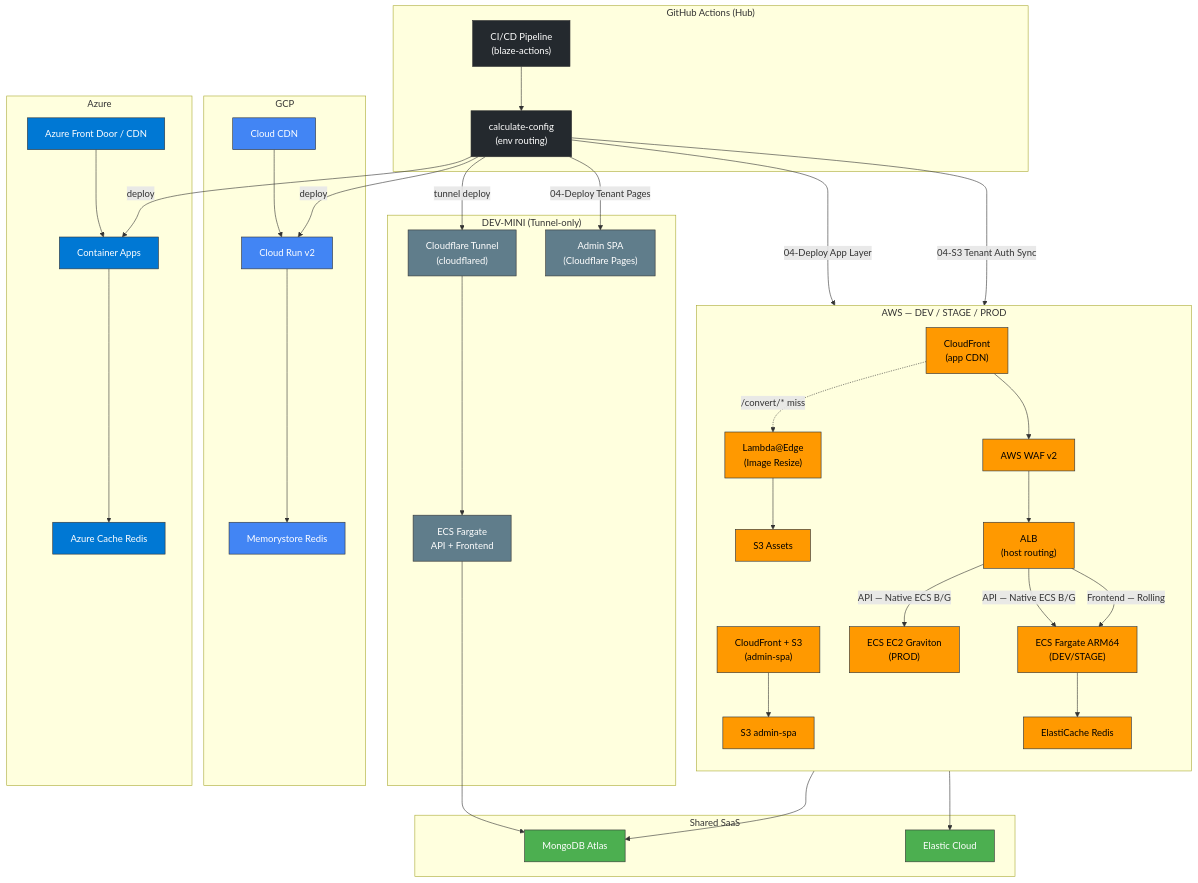
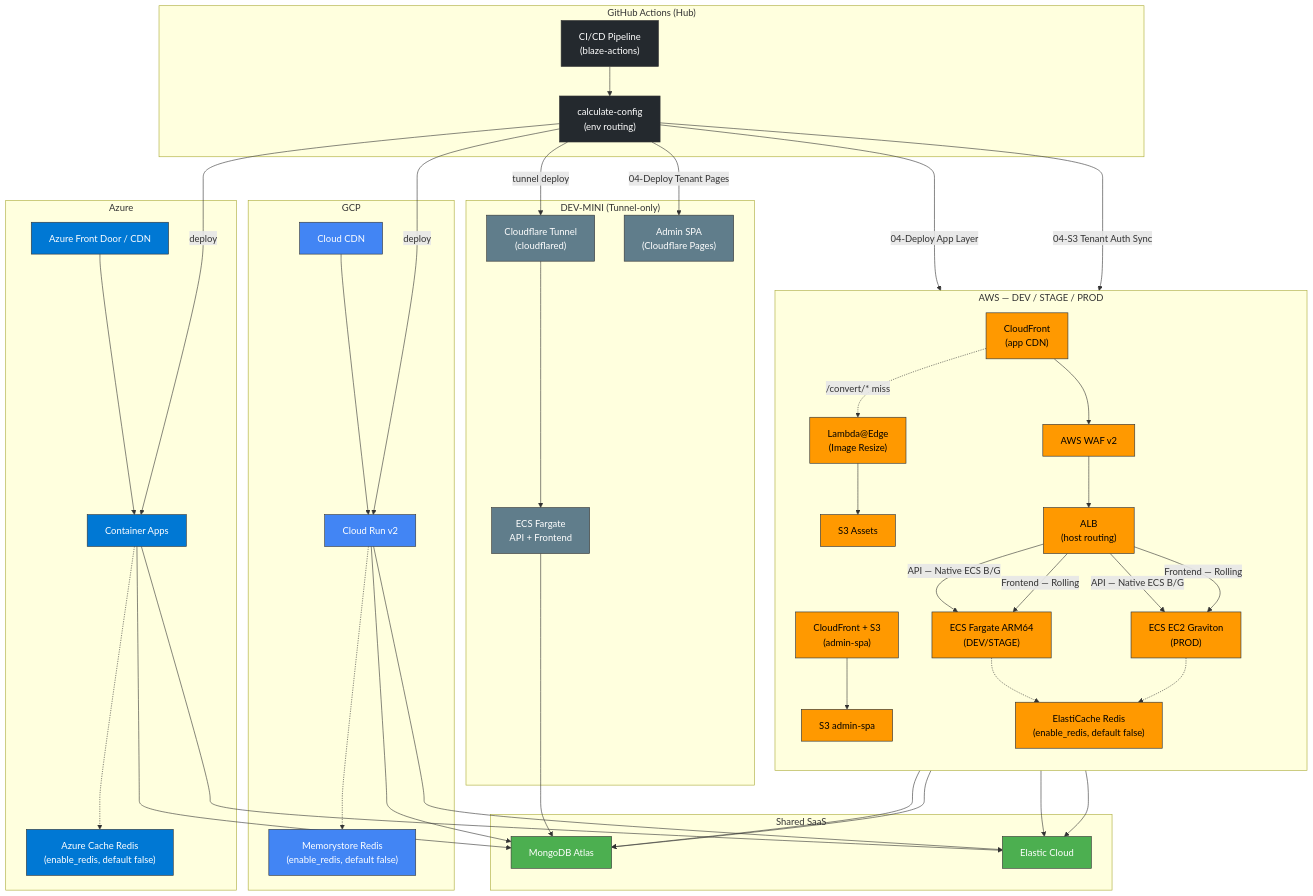
One commit to thisisblaze/blaze-actions changed the diagram in docs/graphs/multi_cloud_topology.mermaid. Above: the diagram before and after it, drawn with Mermaid. The commit also changed 112 other files, not shown here.

```diff
--- a/docs/graphs/multi_cloud_topology.mermaid
+++ b/docs/graphs/multi_cloud_topology.mermaid
@@ -1,90 +1,98 @@
-%% Blaze Multi-Cloud Topology — Updated 2026-04-16
+%% Blaze Multi-Cloud Topology — Updated 2026-07-20
 %% Status: SCALED (Multi-Tenant V2) — Enforcing Pillar 1 Foundation and Pillar 2 Tenant layers.
 %% DEV-MINI: Cloudflare Tunnel only (Admin on Cloudflare Pages)
 %% DEV / STAGE / PROD: Full AWS stack (CloudFront + ALB + ECS, Admin on CloudFront+S3)
 
 graph TB
     subgraph GH["GitHub Actions (Hub)"]
         CI["CI/CD Pipeline\n(blaze-actions)"]
         CALC["calculate-config\n(env routing)"]
         CI --> CALC
     end
 
     subgraph DEVMINI["DEV-MINI (Tunnel-only)"]
         CF_TUNNEL["Cloudflare Tunnel\n(cloudflared)"]
         CF_ADMIN["Admin SPA\n(Cloudflare Pages)"]
         ECS_MINI["ECS Fargate\nAPI + Frontend"]
         CF_TUNNEL --> ECS_MINI
     end
 
     subgraph AWS["AWS — DEV / STAGE / PROD"]
         direction TB
         AWS_CF["CloudFront\n(app CDN)"]
         AWS_ADMIN_CF["CloudFront + S3\n(admin-spa)"]
         AWS_LE["Lambda@Edge\n(Image Resize)"]
         AWS_WAF["AWS WAF v2"]
         AWS_ALB["ALB\n(host routing)"]
         AWS_FARGATE["ECS Fargate ARM64\n(DEV/STAGE)"]
         AWS_EC2["ECS EC2 Graviton\n(PROD)"]
-        AWS_REDIS["ElastiCache Redis"]
+        AWS_REDIS["ElastiCache Redis<br/>(enable_redis, default false)"]
         AWS_S3_ASSETS["S3 Assets"]
         AWS_S3_ADMIN["S3 admin-spa"]
 
         AWS_CF --> AWS_WAF
         AWS_CF -.->|"/convert/* miss"| AWS_LE
         AWS_LE --> AWS_S3_ASSETS
         AWS_WAF --> AWS_ALB
         AWS_ALB -->|"API — Native ECS B/G"| AWS_FARGATE
         AWS_ALB -->|"API — Native ECS B/G"| AWS_EC2
         AWS_ALB -->|"Frontend — Rolling"| AWS_FARGATE
+        AWS_ALB -->|"Frontend — Rolling"| AWS_EC2
         AWS_ADMIN_CF --> AWS_S3_ADMIN
-        AWS_FARGATE --> AWS_REDIS
+        AWS_FARGATE -.-> AWS_REDIS
+        AWS_EC2 -.-> AWS_REDIS
     end
 
     subgraph GCP["GCP"]
         GCP_RUN["Cloud Run v2"]
         GCP_CDN["Cloud CDN"]
-        GCP_MEM["Memorystore Redis"]
+        GCP_MEM["Memorystore Redis<br/>(enable_redis, default false)"]
         GCP_CDN --> GCP_RUN
-        GCP_RUN --> GCP_MEM
+        GCP_RUN -.-> GCP_MEM
     end
 
     subgraph Azure["Azure"]
         AZ_ACA["Container Apps"]
         AZ_CDN["Azure Front Door / CDN"]
-        AZ_REDIS["Azure Cache Redis"]
+        AZ_REDIS["Azure Cache Redis<br/>(enable_redis, default false)"]
         AZ_CDN --> AZ_ACA
-        AZ_ACA --> AZ_REDIS
+        AZ_ACA -.-> AZ_REDIS
     end
 
     subgraph SaaS["Shared SaaS"]
         MONGO["MongoDB Atlas"]
         ELASTIC["Elastic Cloud"]
     end
 
     %% V2 Tenant Orchestrators route to specific execution layers
     CALC -->|"tunnel deploy"| CF_TUNNEL
     CALC -->|"04-Deploy Tenant Pages"| CF_ADMIN
     CALC -->|"04-Deploy App Layer"| AWS_CF
     CALC -->|"04-S3 Tenant Auth Sync"| AWS_S3_ADMIN
     CALC -->|deploy| GCP_RUN
     CALC -->|deploy| AZ_ACA
 
     %% SaaS connections
     ECS_MINI --> MONGO
     AWS_FARGATE --> MONGO
     AWS_FARGATE --> ELASTIC
+    AWS_EC2 --> MONGO
+    AWS_EC2 --> ELASTIC
+    GCP_RUN --> MONGO
+    GCP_RUN --> ELASTIC
+    AZ_ACA --> MONGO
+    AZ_ACA --> ELASTIC
 
     classDef aws fill:#FF9900,stroke:#232F3E,color:#000;
     classDef gcp fill:#4285F4,stroke:#333,color:#fff;
     classDef azure fill:#0078D4,stroke:#333,color:#fff;
     classDef gh fill:#24292e,stroke:#333,color:#fff;
     classDef devmini fill:#607D8B,stroke:#333,color:#fff;
     classDef saas fill:#4CAF50,stroke:#333,color:#fff;
 
     class AWS_CF,AWS_ADMIN_CF,AWS_LE,AWS_WAF,AWS_ALB,AWS_FARGATE,AWS_EC2,AWS_REDIS,AWS_S3_ASSETS,AWS_S3_ADMIN aws;
     class GCP_RUN,GCP_CDN,GCP_MEM gcp;
     class AZ_ACA,AZ_CDN,AZ_REDIS azure;
     class CI,CALC gh;
     class CF_TUNNEL,CF_ADMIN,ECS_MINI devmini;
     class MONGO,ELASTIC saas;
```
